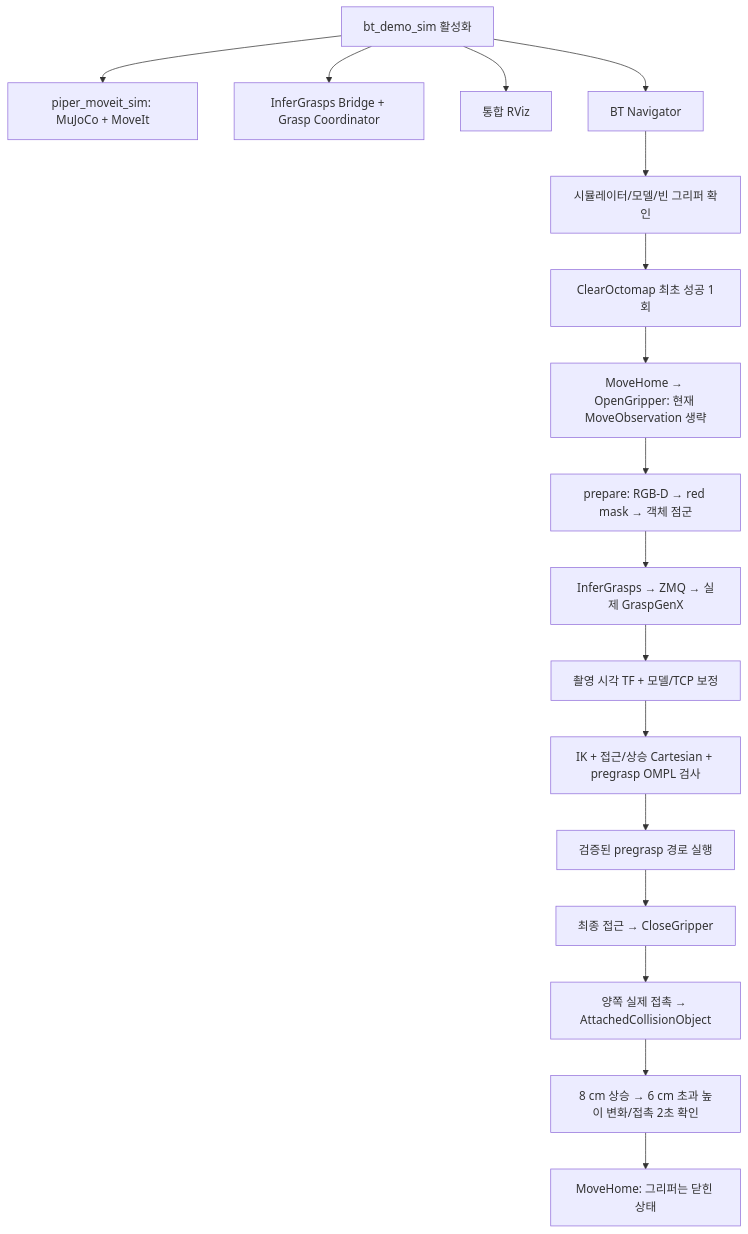
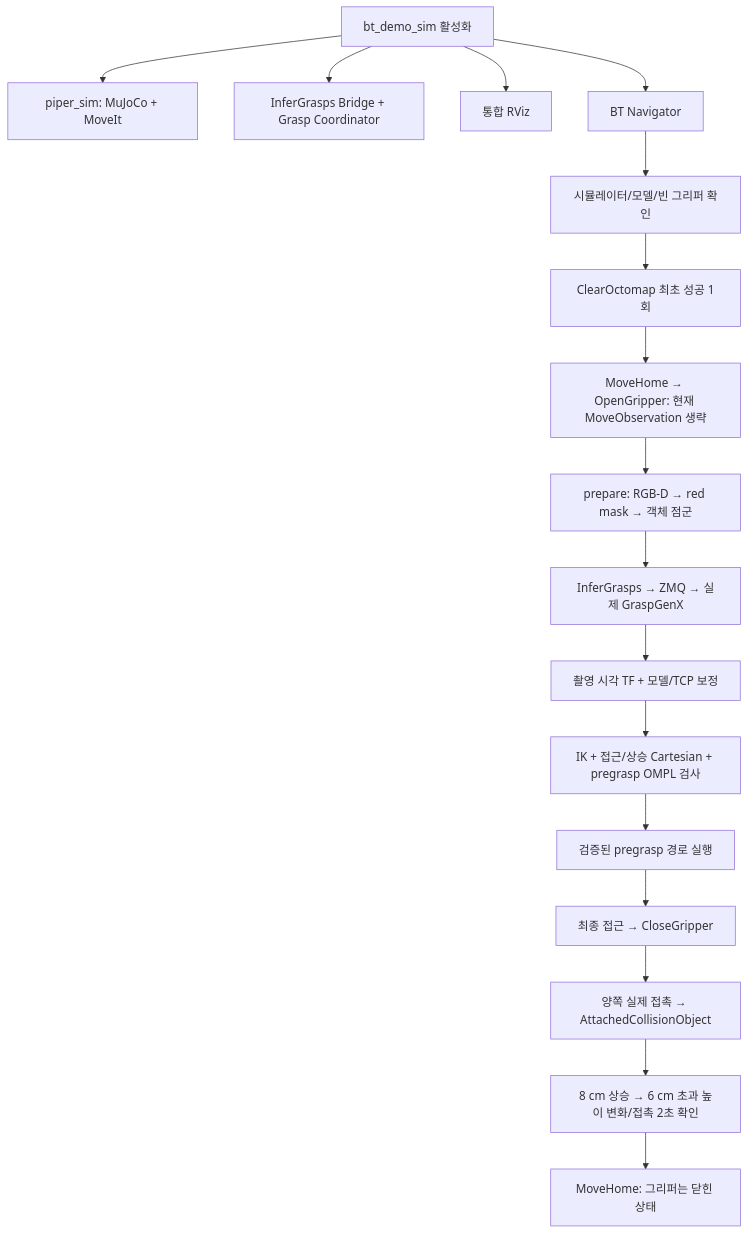
Before and after one commit to ggh-png/rwh_beyond: the diagram in docs/red-box-grasp.md, drawn with Mermaid. The commit also changed other lines of this file and 22 other files, not shown here.

````diff
--- a/docs/red-box-grasp.md
+++ b/docs/red-box-grasp.md
@@ -69,19 +69,19 @@
 ```mermaid
 flowchart TD
-  R[bt_demo_sim 활성화] --> S[piper_moveit_sim: MuJoCo + MoveIt]
+  R[bt_demo_sim 활성화] --> S[piper_sim: MuJoCo + MoveIt]
   R --> B[InferGrasps Bridge + Grasp Coordinator]
   R --> RV[통합 RViz]
   R --> N[BT Navigator]
   N --> C[시뮬레이터/모델/빈 그리퍼 확인]
   C --> O[ClearOctomap 최초 성공 1회]
   O --> H[MoveHome → OpenGripper: 현재 MoveObservation 생략]
   H --> P[prepare: RGB-D → red mask → 객체 점군]
   P --> I[InferGrasps → ZMQ → 실제 GraspGenX]
   I --> T[촬영 시각 TF + 모델/TCP 보정]
   T --> V[IK + 접근/상승 Cartesian + pregrasp OMPL 검사]
   V --> M[검증된 pregrasp 경로 실행]
   M --> A[최종 접근 → CloseGripper]
   A --> K[양쪽 실제 접촉 → AttachedCollisionObject]
   K --> L[8 cm 상승 → 6 cm 초과 높이 변화/접촉 2초 확인]
   L --> HOME[MoveHome: 그리퍼는 닫힌 상태]
 ```
````
